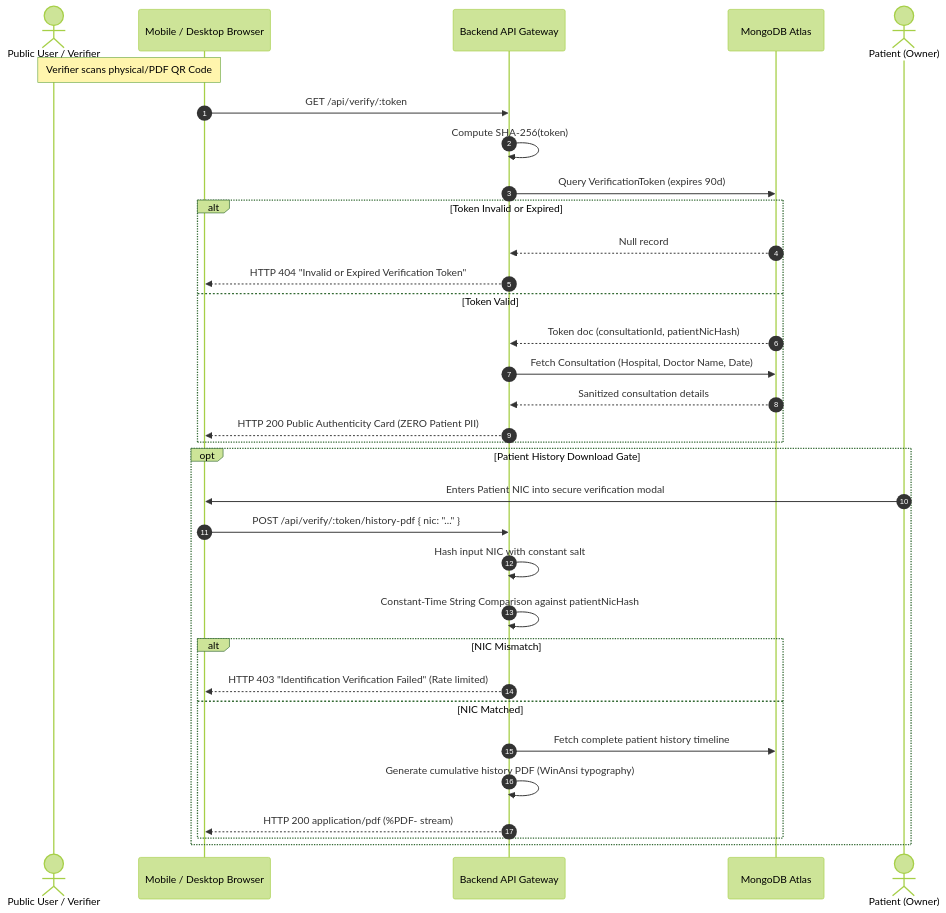
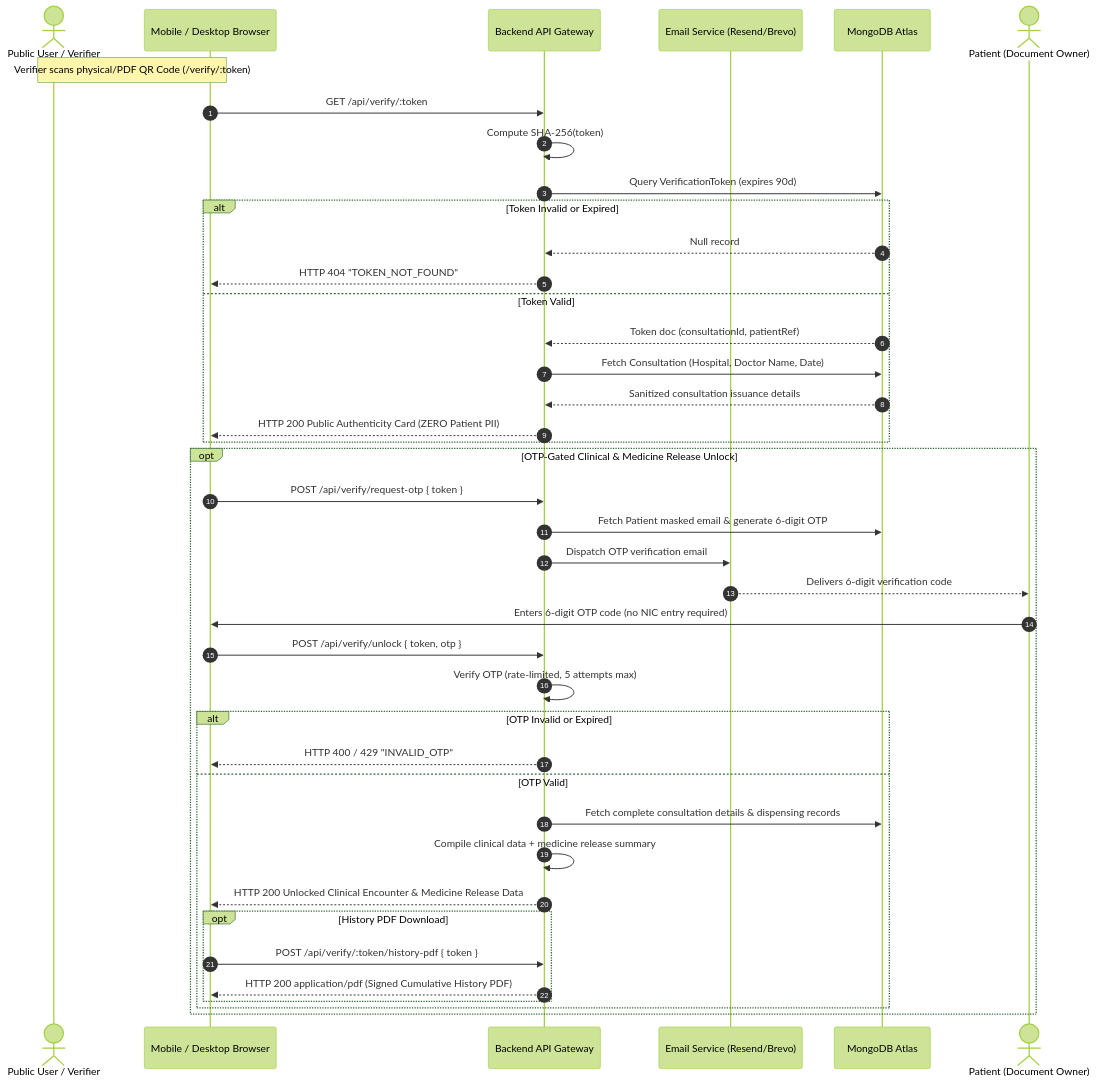
The diagram in docs/report/diagrams/d04_qr_verification_nic_gate.mmd (Chamod-Tharusha-Alwis/MediSync), drawn with Mermaid (forest theme) before and after one commit. The commit also changed 28 other files, not shown here.

```diff
--- a/docs/report/diagrams/d04_qr_verification_nic_gate.mmd
+++ b/docs/report/diagrams/d04_qr_verification_nic_gate.mmd
@@ -1,35 +1,43 @@
 sequenceDiagram
     autonumber
     actor Anyone as Public User / Verifier
     participant Browser as Mobile / Desktop Browser
     participant Gateway as Backend API Gateway
+    participant Email as Email Service (Resend/Brevo)
     participant DB as MongoDB Atlas
-    actor Patient as Patient (Owner)
+    actor Patient as Patient (Document Owner)
 
-    Note over Anyone,Browser: Verifier scans physical/PDF QR Code
+    Note over Anyone,Browser: Verifier scans physical/PDF QR Code (/verify/:token)
     Browser->>Gateway: GET /api/verify/:token
     Gateway->>Gateway: Compute SHA-256(token)
     Gateway->>DB: Query VerificationToken (expires 90d)
     alt Token Invalid or Expired
         DB-->>Gateway: Null record
-        Gateway-->>Browser: HTTP 404 "Invalid or Expired Verification Token"
+        Gateway-->>Browser: HTTP 404 "TOKEN_NOT_FOUND"
     else Token Valid
-        DB-->>Gateway: Token doc (consultationId, patientNicHash)
+        DB-->>Gateway: Token doc (consultationId, patientRef)
         Gateway->>DB: Fetch Consultation (Hospital, Doctor Name, Date)
-        DB-->>Gateway: Sanitized consultation details
+        DB-->>Gateway: Sanitized consultation issuance details
         Gateway-->>Browser: HTTP 200 Public Authenticity Card (ZERO Patient PII)
     end
 
-    opt Patient History Download Gate
-        Patient->>Browser: Enters Patient NIC into secure verification modal
-        Browser->>Gateway: POST /api/verify/:token/history-pdf { nic: "..." }
-        Gateway->>Gateway: Hash input NIC with constant salt
-        Gateway->>Gateway: Constant-Time String Comparison against patientNicHash
-        alt NIC Mismatch
-            Gateway-->>Browser: HTTP 403 "Identification Verification Failed" (Rate limited)
-        else NIC Matched
-            Gateway->>DB: Fetch complete patient history timeline
-            Gateway->>Gateway: Generate cumulative history PDF (WinAnsi typography)
-            Gateway-->>Browser: HTTP 200 application/pdf (%PDF- stream)
+    opt OTP-Gated Clinical & Medicine Release Unlock
+        Browser->>Gateway: POST /api/verify/request-otp { token }
+        Gateway->>DB: Fetch Patient masked email & generate 6-digit OTP
+        Gateway->>Email: Dispatch OTP verification email
+        Email-->>Patient: Delivers 6-digit verification code
+        Patient->>Browser: Enters 6-digit OTP code (no NIC entry required)
+        Browser->>Gateway: POST /api/verify/unlock { token, otp }
+        Gateway->>Gateway: Verify OTP (rate-limited, 5 attempts max)
+        alt OTP Invalid or Expired
+            Gateway-->>Browser: HTTP 400 / 429 "INVALID_OTP"
+        else OTP Valid
+            Gateway->>DB: Fetch complete consultation details & dispensing records
+            Gateway->>Gateway: Compile clinical data + medicine release summary
+            Gateway-->>Browser: HTTP 200 Unlocked Clinical Encounter & Medicine Release Data
+            opt History PDF Download
+                Browser->>Gateway: POST /api/verify/:token/history-pdf { token }
+                Gateway-->>Browser: HTTP 200 application/pdf (Signed Cumulative History PDF)
+            end
         end
     end
```
